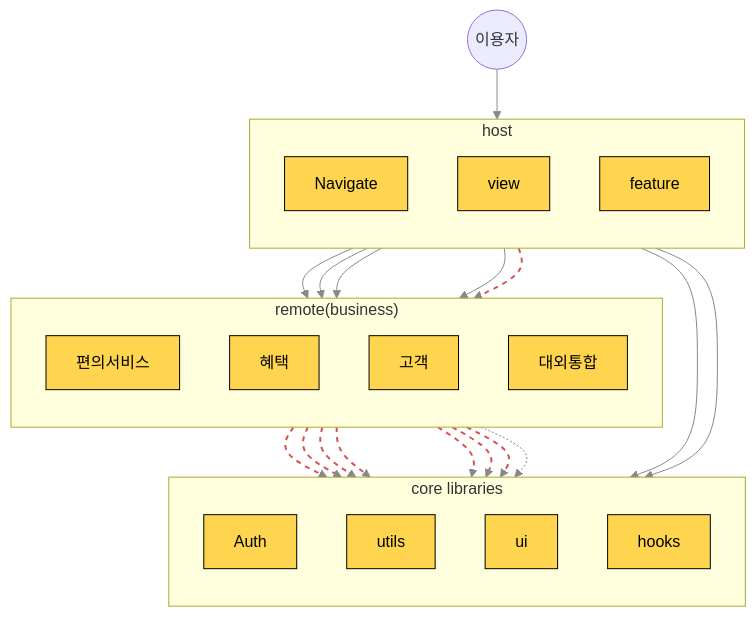
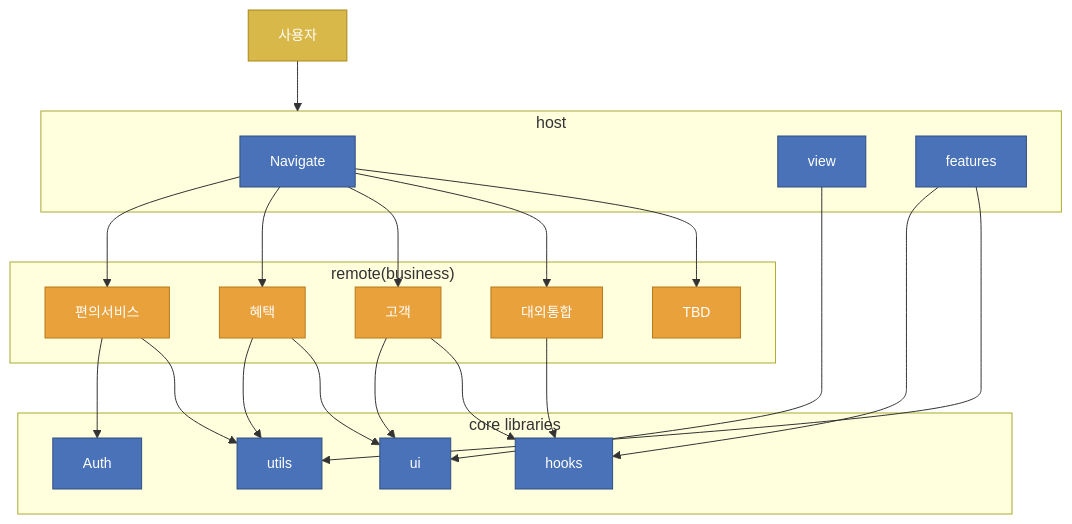
One commit to kingkiboots/portfolio changed the second of 3 diagrams in src/content/projects/kbank-admin-portal.mdx. Above: the diagram before and after it, drawn with Mermaid. The commit also changed other lines of this file, not shown here.

````diff
--- a/src/content/projects/kbank-admin-portal.mdx
+++ b/src/content/projects/kbank-admin-portal.mdx
@@ -124,61 +150,55 @@
 ```mermaid
-flowchart TB
-    %% Styling for yellow boxes and overall layout
-    classDef yellow_box fill:#FFD54F,stroke:#000,stroke-width:1px,color:#000;
-    linkStyle default stroke:#888,stroke-width:1px;
+flowchart TD
+    user[사용자]
 
-    %% User icon (optional, represented as a circle for mermaid simplicity)
-    User((이용자)) --> Host_Subgraph
-
-    subgraph Host_Subgraph ["host"]
-        direction TB
-        Navigate[Navigate]:::yellow_box
-        View[view]:::yellow_box
-        Feature[feature]:::yellow_box
+    subgraph host
+        navigate[Navigate]
+        view[view]
+        features[features]
     end
 
-    subgraph Remote_Subgraph ["remote(business)"]
-        direction TB
-        Convenience[편의서비스]:::yellow_box
-        Benefit[혜택]:::yellow_box
-        Customer[고객]:::yellow_box
-        Integration[대외통합]:::yellow_box
+    subgraph business["remote(business)"]
+        convenience[편의서비스]
+        benefit[혜택]
+        customer[고객]
+        external[대외통합]
+        TBD[TBD]
     end
 
-    subgraph Core_Subgraph ["core libraries"]
-        direction TB
-        Auth[Auth]:::yellow_box
-        Utils[utils]:::yellow_box
-        UI[ui]:::yellow_box
-        Hooks[hooks]:::yellow_box
+    subgraph libraries["core libraries"]
+        auth[Auth]
+        utils[utils]
+        ui[ui]
+        hooks[hooks]
     end
 
-    %% Connections based on image_1.png
+    user --> host
 
-    %% Host to Remote connections (from Navigate)
-    Navigate --> Convenience
-    Navigate --> Benefit
-    Navigate --> Customer
-    Navigate --> Integration
+    navigate --> convenience
+    navigate --> benefit
+    navigate --> customer
+    navigate --> external
+    navigate --> TBD
 
-    %% Host to Core connections (from View)
-    View --> Utils
-    View --> UI
+    view --> ui
+    features --> hooks
+    features --> utils
 
-    %% Feature to Remote connection
-    Feature --> Integration
+    convenience --> auth
+    convenience --> utils
+    benefit --> utils
+    benefit --> ui
+    customer --> ui
+    customer --> hooks
+    external --> hooks
 
-    %% Remote to Core connections (Represented by the red dependency group in the image)
-    %% This indicates that these business modules rely on shared utils and UI.
-    Convenience -.-> Utils
-    Convenience -.-> UI
-    Benefit -.-> Utils
-    Benefit -.-> UI
-    Customer -.-> Utils
-    Customer -.-> UI
-    Integration -.-> Utils
-    Integration -.-> UI
+    classDef hostBox fill:#4a72b8,stroke:#2f4f80,color:#fff,font-size:14px;
+    classDef bizBox fill:#e8a13b,stroke:#b87a1a,color:#fff,font-size:14px;
+    classDef libBox fill:#4a72b8,stroke:#2f4f80,color:#fff,font-size:14px;
+    classDef userBox fill:#d9b84a,stroke:#a8881a,color:#fff,font-size:14px;
 
-    %% Styling specific connections (red dependency lines as dotted)
-    linkStyle 7,8,9,10,11,12,13,14 stroke:#d9534f,stroke-width:2px,stroke-dasharray: 5 5;
+    class user userBox;
+    class navigate,view,features hostBox;
+    class convenience,benefit,customer,external,TBD bizBox;
+    class auth,utils,ui,hooks libBox;
 ```
````
